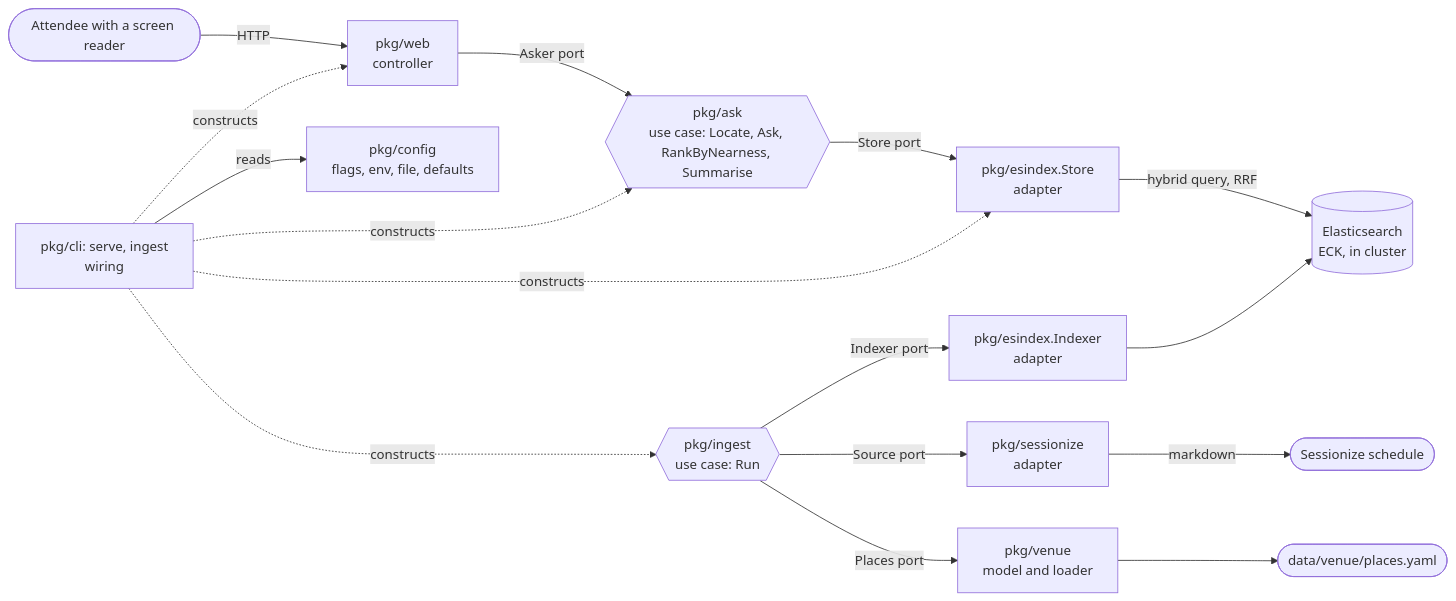
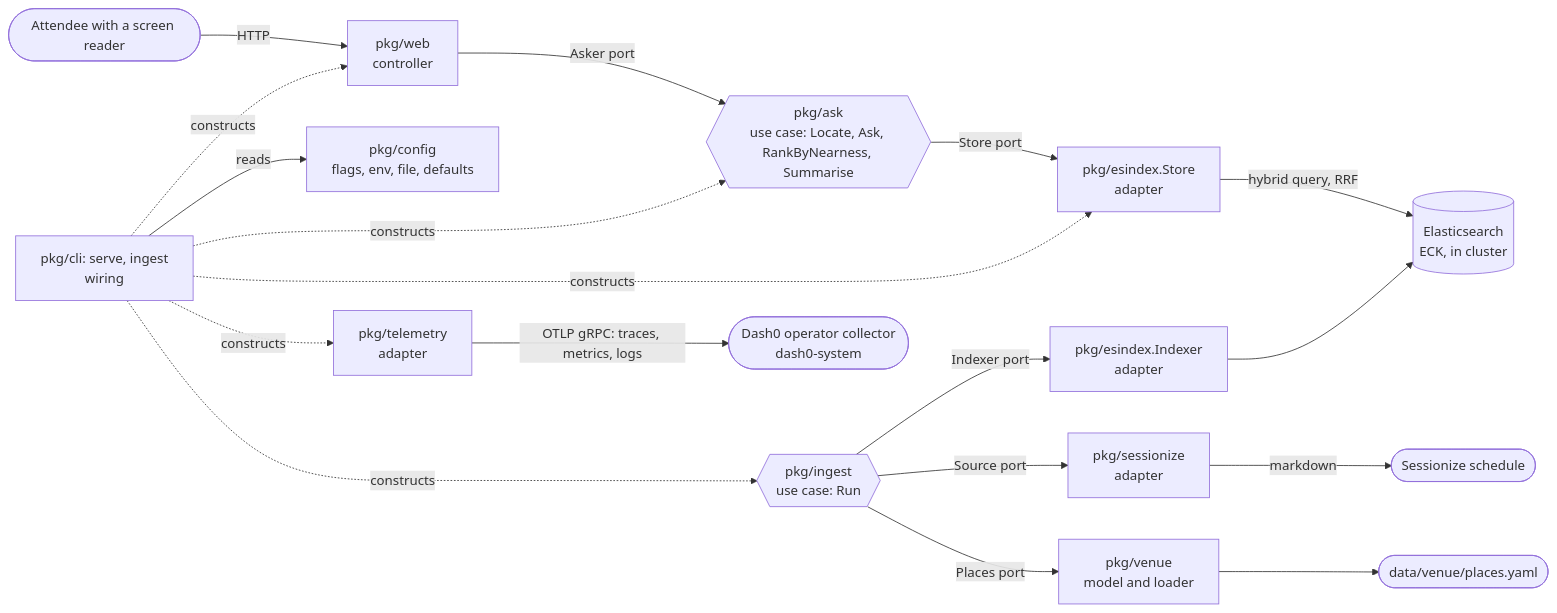
Before and after one commit to auroq/cnh: the diagram in docs/architecture.md, drawn with Mermaid. The commit also changed other lines of this file and 24 other files, not shown here.

First line of the commit message:
Item 011: traces, metrics and logs reach Dash0

````diff
--- a/docs/architecture.md
+++ b/docs/architecture.md
@@ -6,18 +6,20 @@
 ```mermaid
 flowchart LR
     attendee([Attendee with a screen reader]) -->|HTTP| web[pkg/web<br/>controller]
     web -->|Asker port| ask{{pkg/ask<br/>use case: Locate, Ask, RankByNearness, Summarise}}
     ask -->|Store port| esstore[pkg/esindex.Store<br/>adapter]
     esstore -->|hybrid query, RRF| es[(Elasticsearch<br/>ECK, in cluster)]
     ingest{{pkg/ingest<br/>use case: Run}} -->|Source port| sz[pkg/sessionize<br/>adapter]
     sz -->|markdown| sessionize([Sessionize schedule])
     ingest -->|Places port| venue[pkg/venue<br/>model and loader]
     venue --> yaml([data/venue/places.yaml])
     ingest -->|Indexer port| indexer[pkg/esindex.Indexer<br/>adapter]
     indexer --> es
     cli[pkg/cli: serve, ingest<br/>wiring] -.constructs.-> web
     cli -.constructs.-> ask
     cli -.constructs.-> esstore
     cli -.constructs.-> ingest
     cli -->|reads| config[pkg/config<br/>flags, env, file, defaults]
+    cli -.constructs.-> tel[pkg/telemetry<br/>adapter]
+    tel -->|OTLP gRPC: traces, metrics, logs| dash0([Dash0 operator collector<br/>dash0-system])
 ```
````
